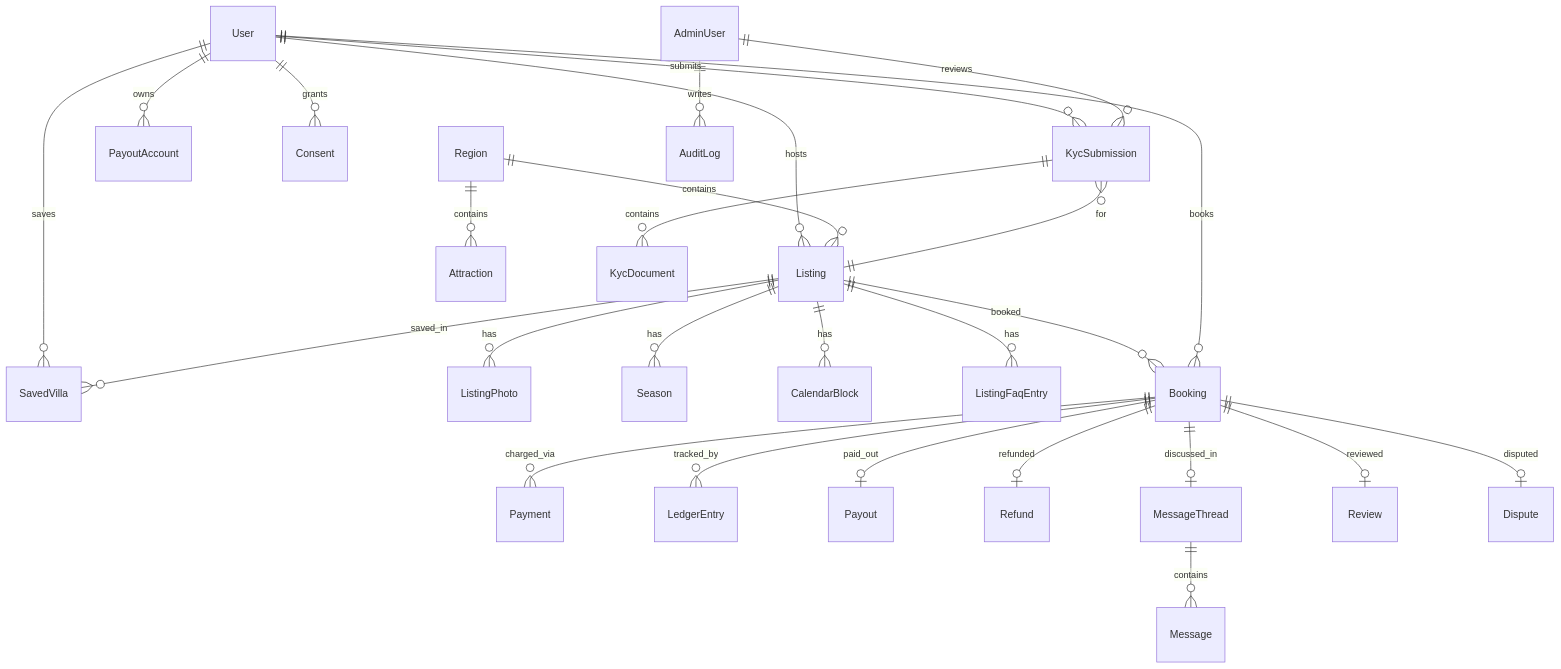
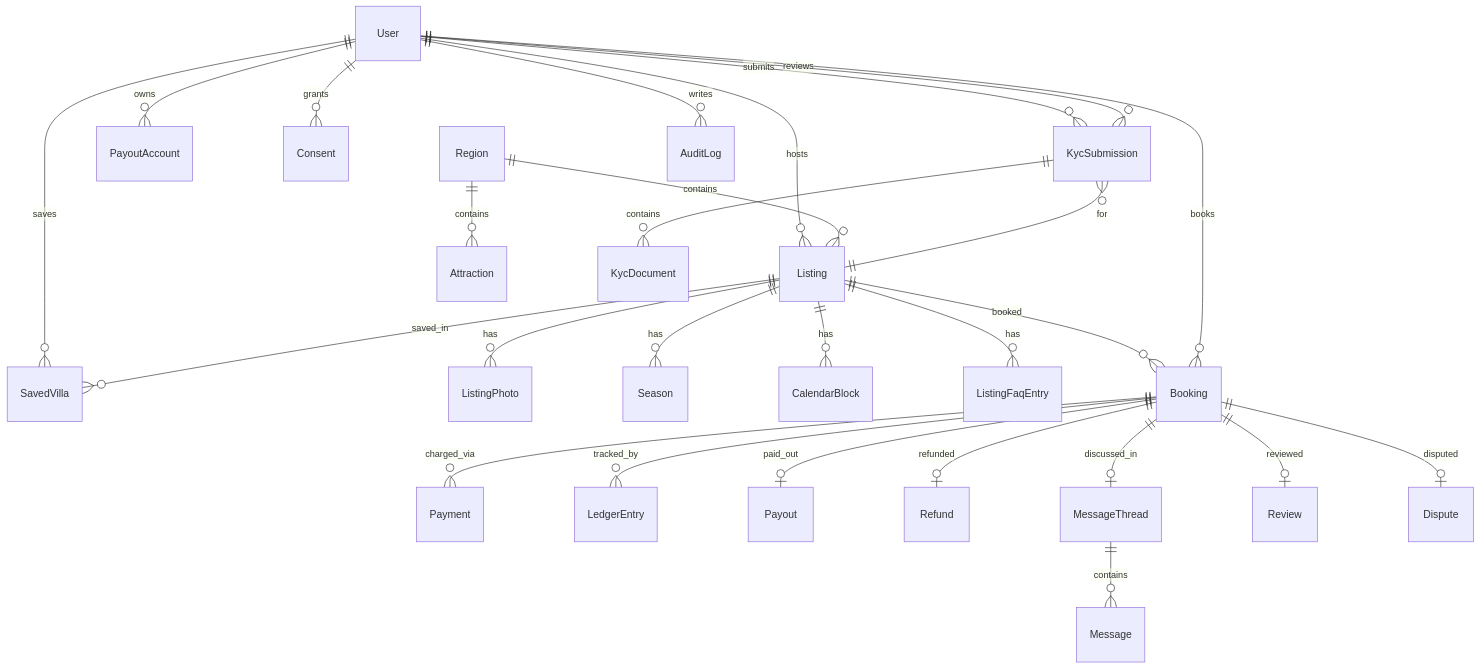
One commit to Web-URest/URest changed the diagram in docs/DATA_MODEL.md. Above: the diagram before and after it, drawn with Mermaid. The commit also changed other lines of this file and 21 other files, not shown here.

````diff
--- a/docs/DATA_MODEL.md
+++ b/docs/DATA_MODEL.md
@@ -10,29 +10,29 @@
 ```mermaid
 erDiagram
     User ||--o{ Listing : hosts
     User ||--o{ SavedVilla : saves
     User ||--o{ KycSubmission : submits
     User ||--o{ PayoutAccount : owns
     User ||--o{ Consent : grants
     Region ||--o{ Listing : contains
     Region ||--o{ Attraction : contains
     Listing ||--o{ ListingPhoto : has
     Listing ||--o{ Season : has
     Listing ||--o{ CalendarBlock : has
     Listing ||--o{ ListingFaqEntry : has
     Listing ||--o{ SavedVilla : saved_in
     KycSubmission ||--o{ KycDocument : contains
     KycSubmission }o--|| Listing : for
-    AdminUser ||--o{ KycSubmission : reviews
-    AdminUser ||--o{ AuditLog : writes
+    User ||--o{ KycSubmission : reviews
+    User ||--o{ AuditLog : writes
     Listing ||--o{ Booking : booked
     User ||--o{ Booking : books
     Booking ||--o{ Payment : charged_via
     Booking ||--o{ LedgerEntry : tracked_by
     Booking ||--o| Payout : paid_out
     Booking ||--o| Refund : refunded
     Booking ||--o| MessageThread : discussed_in
     Booking ||--o| Review : reviewed
     Booking ||--o| Dispute : disputed
     MessageThread ||--o{ Message : contains
 ```
````
